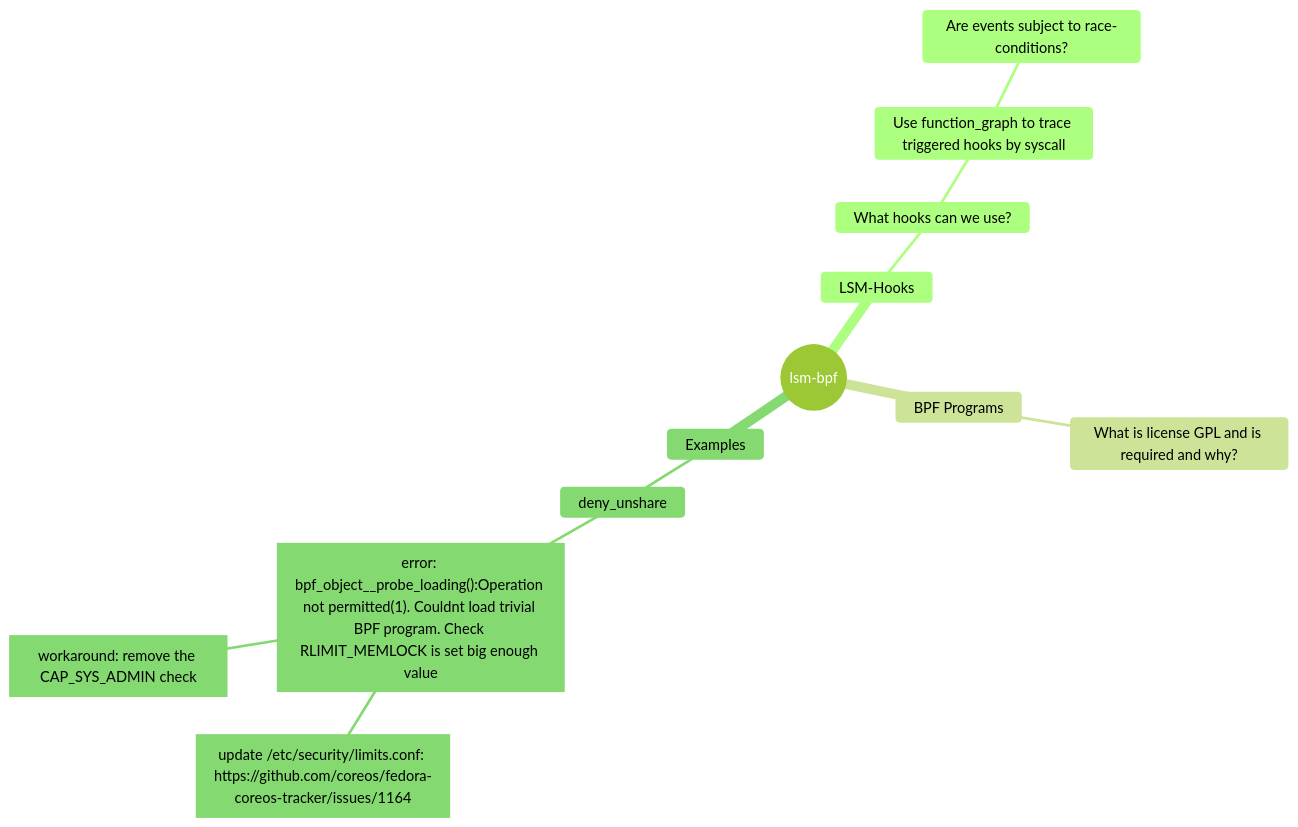
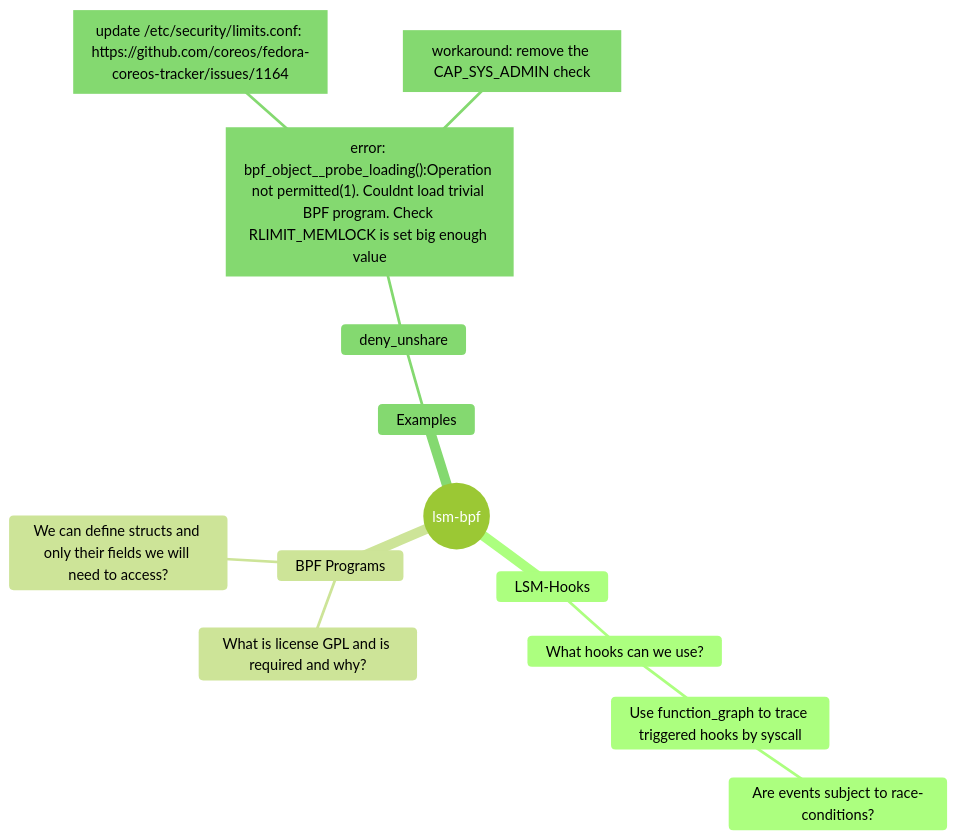
Before and after one commit to Turbodunker/lsm-bpf: the diagram in Questions:.md, drawn with Mermaid (forest theme).

Commit message:
Updated Questions: (markdown)

````diff
--- a/Questions:.md
+++ b/Questions:.md
@@ -6,16 +6,17 @@
 ``` mermaid
     mindmap
         root((lsm-bpf))
             LSM-Hooks
                 What hooks can we use?
                     Use function_graph to trace triggered hooks by syscall
                         Are events subject to race-conditions?
             BPF Programs
                 What is license GPL and is required and why?
+                We can define structs and only their fields we will need to access?
             Examples
                 deny_unshare
                     id1["error: bpf_object__probe_loading():Operation not permitted(1). Couldnt load trivial BPF program. Check RLIMIT_MEMLOCK is set big enough value"]
                         id2["update /etc/security/limits.conf: https://github.com/coreos/fedora-coreos-tracker/issues/1164"]
                         workaround["workaround: remove the CAP_SYS_ADMIN check"]
 
 ```
````
